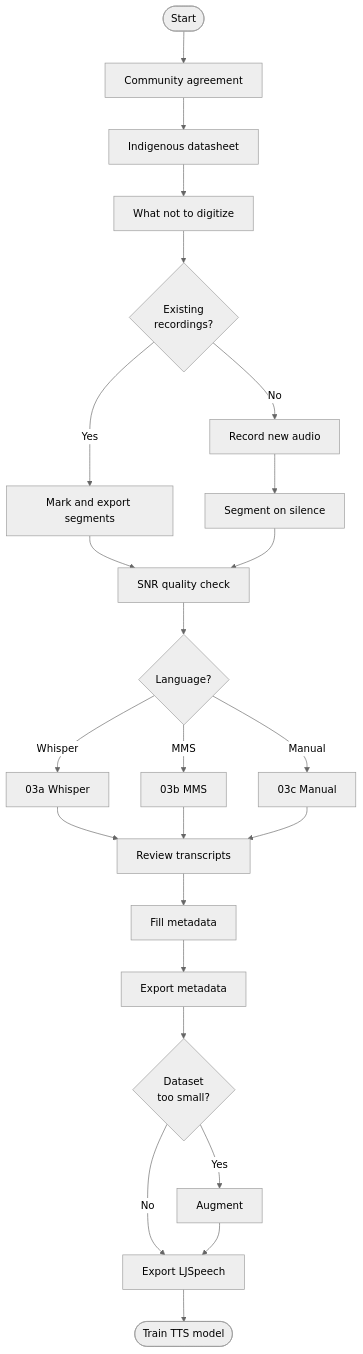
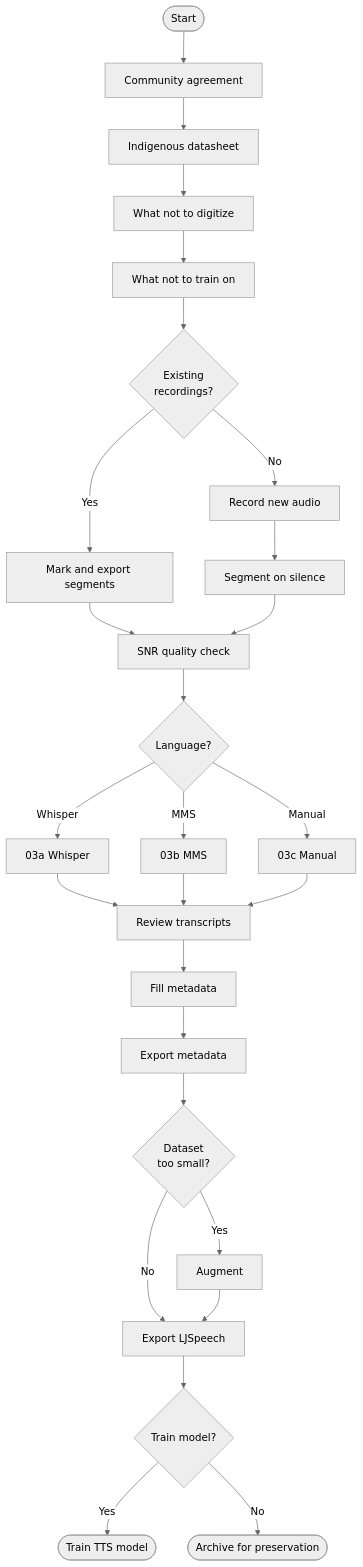
One commit to hollygrimm/voice-dataset-creation changed the diagram in README.md. Above: the diagram before and after it, drawn with Mermaid (neutral theme). The commit also changed 7 other files, not shown here.

Commit message:
feat: implement data augmentation consent; flowcart to archive dataset for preservation if not training

````diff
--- a/README.md
+++ b/README.md
@@ -5,30 +5,35 @@
 ```mermaid
 flowchart TD
+    accTitle: Community voice dataset creation workflow
+    accDescr: Decision flowchart beginning with community agreement and Indigenous datasheet, proceeding through the what-not-to-digitize and what-not-to-train-on ethical frameworks, branching into recording new audio or marking existing recordings, then SNR quality check, language-based transcription via Whisper, MMS, or manual, followed by transcript review, metadata entry and export, optional augmentation for small datasets, and finally LJSpeech export with a decision point to either train a TTS model or archive for preservation.
     A([Start]) --> B[Community agreement]
     B --> B2[Indigenous datasheet]
     B2 --> C[What not to digitize]
-    C --> D{Existing\nrecordings?}
+    C --> C2[What not to train on]
+    C2 --> D{Existing\nrecordings?}
 
     D -->|No| P1[Record new audio]
     D -->|Yes| P2[Mark and export segments]
 
     P1 --> SEG[Segment on silence]
     P2 --> SNR
 
     SEG --> SNR[SNR quality check]
     SNR --> LANG{Language?}
     LANG -->|Whisper| W[03a Whisper]
     LANG -->|MMS| M[03b MMS]
     LANG -->|Manual| MAN[03c Manual]
     W & M & MAN --> REV[Review transcripts]
     REV --> META
 
     META[Fill metadata] --> EMETA[Export metadata]
     EMETA --> AUG{Dataset\ntoo small?}
 
     AUG -->|Yes| P3[Augment]
     AUG -->|No| EXP
     P3 --> EXP
 
-    EXP[Export LJSpeech] --> DONE([Train TTS model])
+    EXP[Export LJSpeech] --> TRAIN_Q{Train model?}
+    TRAIN_Q -->|Yes| DONE([Train TTS model])
+    TRAIN_Q -->|No| ARCHIVE([Archive for preservation])
 ```
````
